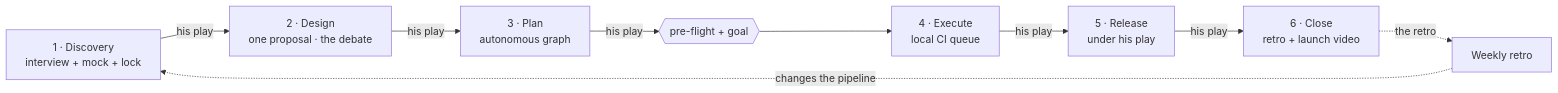
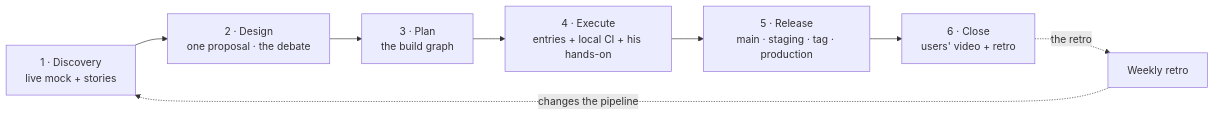
One commit to farias-77/skills changed the diagram in README.md. Above: the diagram before and after it, drawn with Mermaid. The commit also changed other lines of this file and 6 other files, not shown here.

````diff
--- a/README.md
+++ b/README.md
@@ -39,11 +45,10 @@
 ```mermaid
 flowchart LR
-  D1["1 · Discovery<br/>interview + mock + lock"] -- "his play" --> D2["2 · Design<br/>one proposal · the debate"]
-  D2 -- "his play" --> D3["3 · Plan<br/>autonomous graph"]
-  D3 -- "his play" --> PF{{"pre-flight + goal"}}
-  PF --> D4["4 · Execute<br/>local CI queue"]
-  D4 -- "his play" --> D5["5 · Release<br/>under his play"]
-  D5 -- "his play" --> D6["6 · Close<br/>retro + launch video"]
+  D1["1 · Discovery<br/>live mock + stories"] --> D2["2 · Design<br/>one proposal · the debate"]
+  D2 --> D3["3 · Plan<br/>the build graph"]
+  D3 --> D4["4 · Execute<br/>entries + local CI + his hands-on"]
+  D4 --> D5["5 · Release<br/>main · staging · tag · production"]
+  D5 --> D6["6 · Close<br/>users' video + retro"]
   D6 -. "the retro" .-> W["Weekly retro"]
   W -. "changes the pipeline" .-> D1
 ```
````
